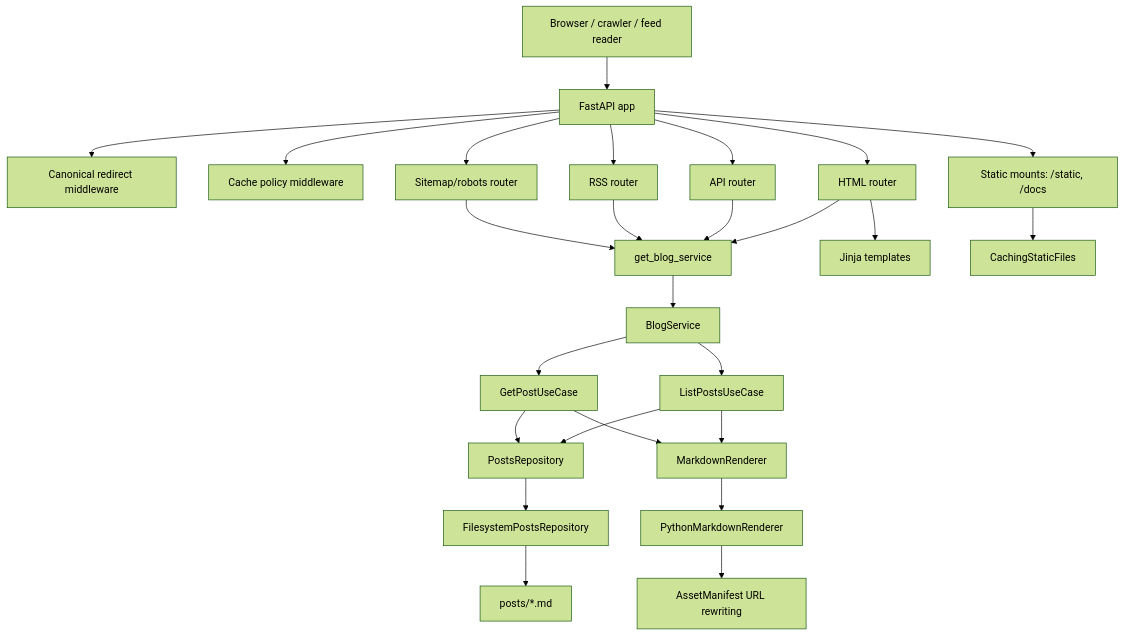
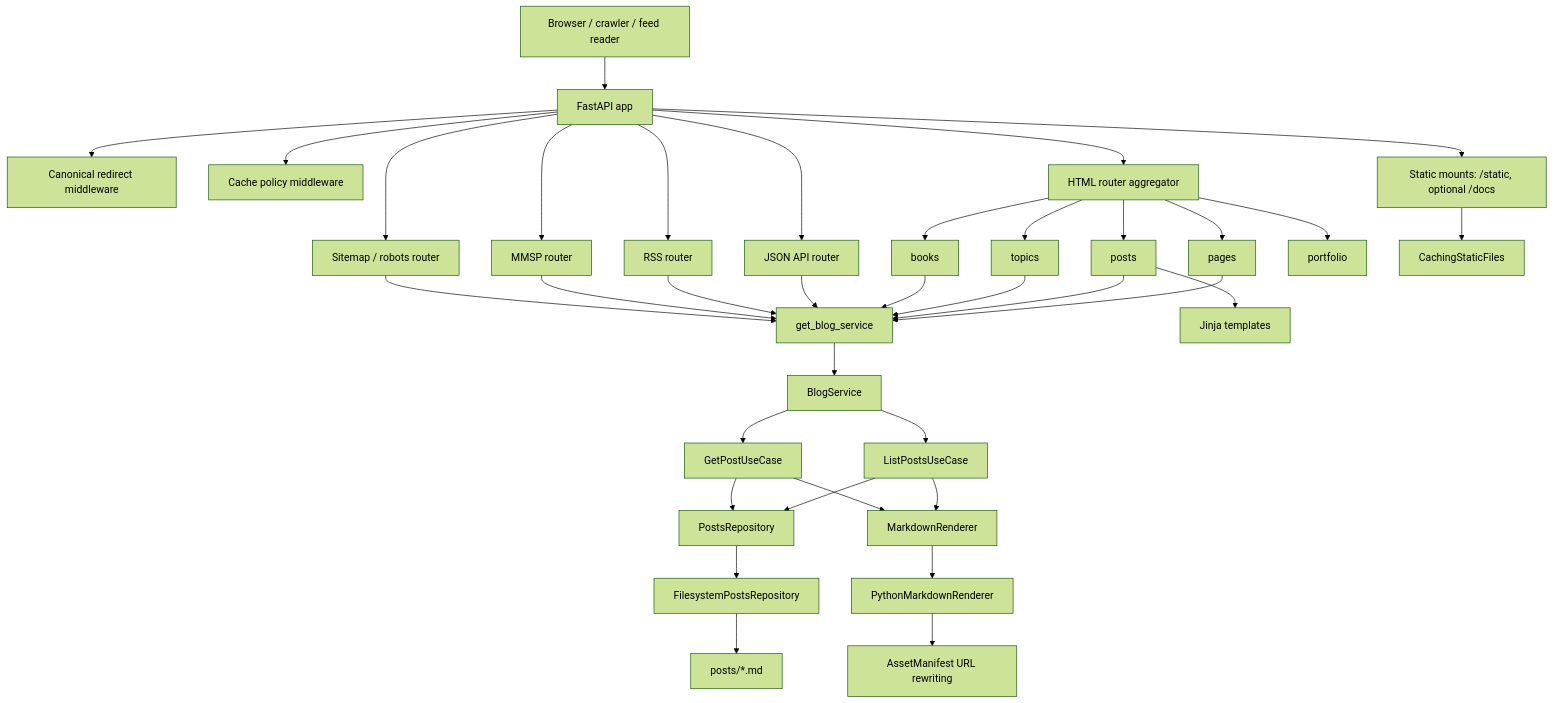
Before and after one commit to oernster/crankthecode: the diagram in ARCHITECTURE.md, drawn with Mermaid (forest theme). The commit also changed other lines of this file and 4 other files, not shown here.

First line of the commit message:
Rewrite the stale architecture notes and document the CI

````diff
--- a/ARCHITECTURE.md
+++ b/ARCHITECTURE.md
@@ -40,35 +70,46 @@
 ```mermaid
 flowchart TD
   U[Browser / crawler / feed reader] --> APP[FastAPI app]
 
   APP --> M1[Canonical redirect middleware]
   APP --> M2[Cache policy middleware]
 
-  APP --> HTML[HTML router]
-  APP --> API[API router]
+  APP --> HTML[HTML router aggregator]
+  APP --> API[JSON API router]
   APP --> RSS[RSS router]
-  APP --> SEO[Sitemap/robots router]
+  APP --> MMSP[MMSP router]
+  APP --> SEO[Sitemap / robots router]
 
-  HTML --> DI[get_blog_service]
+  HTML --> PAGES[pages]
+  HTML --> POSTS[posts]
+  HTML --> TOPICS[topics]
+  HTML --> BOOKS[books]
+  HTML --> PORT[portfolio]
+
+  PAGES --> DI[get_blog_service]
+  POSTS --> DI
+  TOPICS --> DI
+  BOOKS --> DI
   API --> DI
   RSS --> DI
+  MMSP --> DI
   SEO --> DI
 
   DI --> SVC[BlogService]
   SVC --> LUC[ListPostsUseCase]
   SVC --> GUC[GetPostUseCase]
 
   LUC --> REP[PostsRepository]
   GUC --> REP
   LUC --> MR[MarkdownRenderer]
   GUC --> MR
 
   REP --> FS[FilesystemPostsRepository]
   MR --> REND[PythonMarkdownRenderer]
 
   FS --> MD[posts/*.md]
-  HTML --> TPL[Jinja templates]
-  APP --> STA[Static mounts: /static, /docs]
+  POSTS --> TPL[Jinja templates]
+  APP --> STA[Static mounts: /static, optional /docs]
   STA --> CFS[CachingStaticFiles]
   REND --> ASM[AssetManifest URL rewriting]
 ```
````
